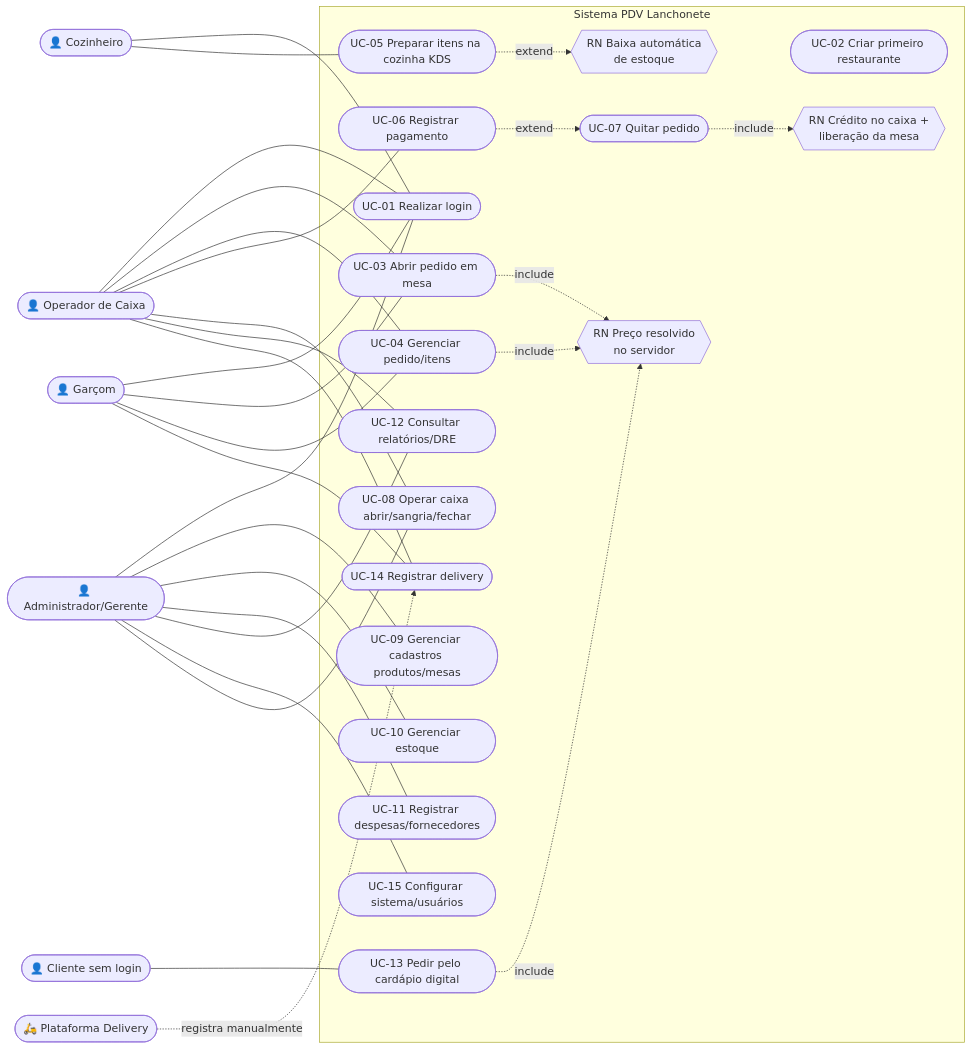
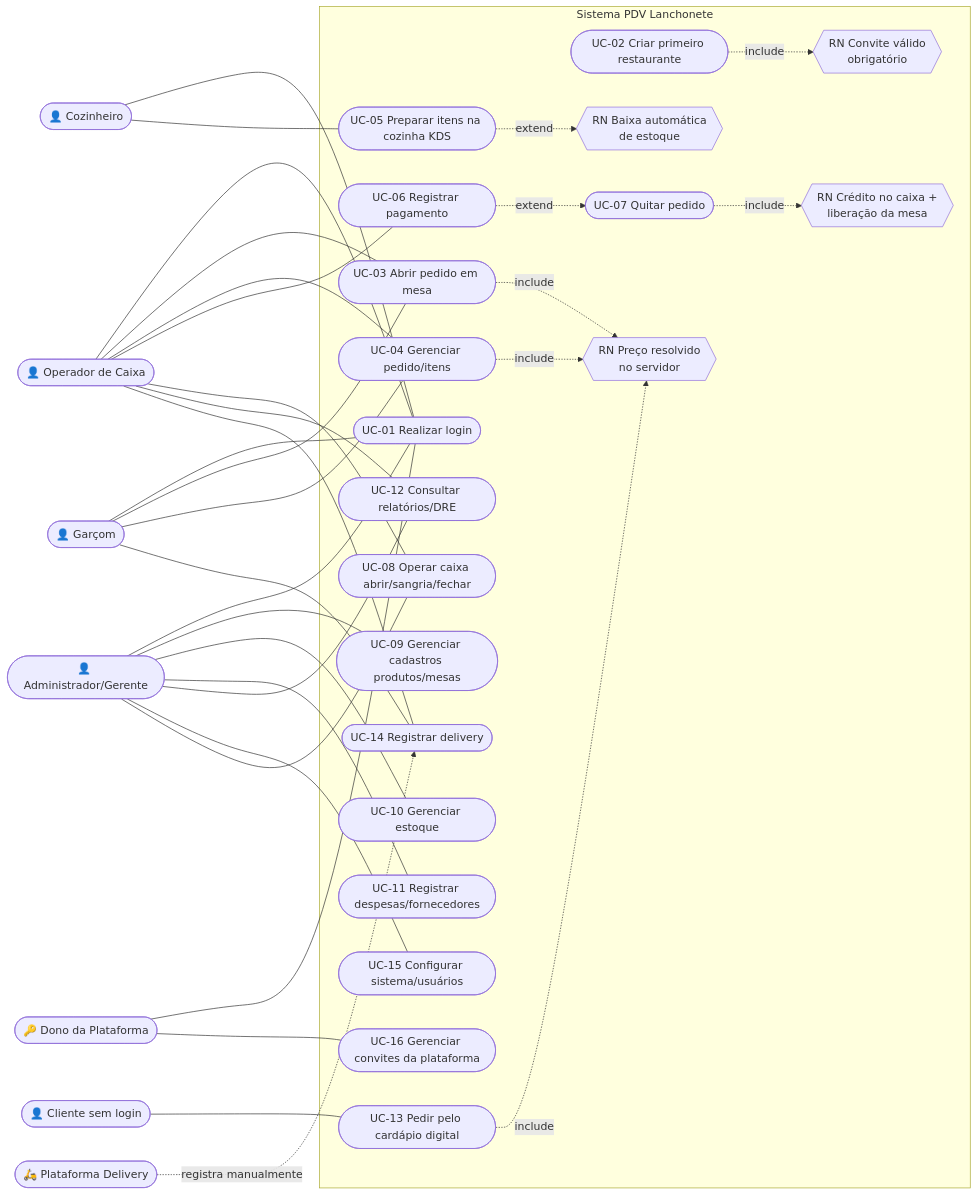
One commit to gabrielabrahaodev/pdv-lanchonete changed the diagram in docs/02-modelagem/diagrama-casos-de-uso.md. Above: the diagram before and after it, drawn with Mermaid. The commit also changed other lines of this file and 31 other files, not shown here.

````diff
--- a/docs/02-modelagem/diagrama-casos-de-uso.md
+++ b/docs/02-modelagem/diagrama-casos-de-uso.md
@@ -5,68 +5,75 @@
 ```mermaid
 flowchart LR
     subgraph Sistema PDV Lanchonete
         UC01([UC-01 Realizar login])
         UC02([UC-02 Criar primeiro restaurante])
         UC03([UC-03 Abrir pedido em mesa])
         UC04([UC-04 Gerenciar pedido/itens])
         UC05([UC-05 Preparar itens na cozinha KDS])
         UC06([UC-06 Registrar pagamento])
         UC07([UC-07 Quitar pedido])
         UC08([UC-08 Operar caixa abrir/sangria/fechar])
         UC09([UC-09 Gerenciar cadastros produtos/mesas])
         UC10([UC-10 Gerenciar estoque])
         UC11([UC-11 Registrar despesas/fornecedores])
         UC12([UC-12 Consultar relatórios/DRE])
         UC13([UC-13 Pedir pelo cardápio digital])
         UC14([UC-14 Registrar delivery])
         UC15([UC-15 Configurar sistema/usuários])
+        UC16([UC-16 Gerenciar convites da plataforma])
 
         R1{{RN Baixa automática<br/>de estoque}}
         R2{{RN Crédito no caixa +<br/>liberação da mesa}}
         R3{{RN Preço resolvido<br/>no servidor}}
+        R4{{RN Convite válido<br/>obrigatório}}
     end
 
     Admin([👤 Administrador/Gerente])
     Caixa([👤 Operador de Caixa])
     Garcom([👤 Garçom])
     Cozinha([👤 Cozinheiro])
     Cliente([👤 Cliente sem login])
     Ext([🛵 Plataforma Delivery])
+    Owner([🔑 Dono da Plataforma])
 
     %% Relações principais
     Admin --- UC01
     Admin --- UC09
     Admin --- UC10
     Admin --- UC11
     Admin --- UC12
     Admin --- UC15
     Admin --- UC08
 
     Caixa --- UC01
     Caixa --- UC03
     Caixa --- UC04
     Caixa --- UC06
     Caixa --- UC08
     Caixa --- UC12
     Caixa --- UC14
 
     Garcom --- UC01
     Garcom --- UC03
     Garcom --- UC04
     Garcom --- UC14
 
     Cozinha --- UC01
     Cozinha --- UC05
 
     Cliente --- UC13
 
     Ext -. registra manualmente .-> UC14
 
+    Owner --- UC01
+    Owner --- UC16
+
     %% include/extend
     UC03 -. include .-> R3
     UC04 -. include .-> R3
     UC13 -. include .-> R3
     UC05 -. extend .-> R1
     UC06 -. extend .-> UC07
     UC07 -. include .-> R2
+    UC02 -. include .-> R4
 ```
````
